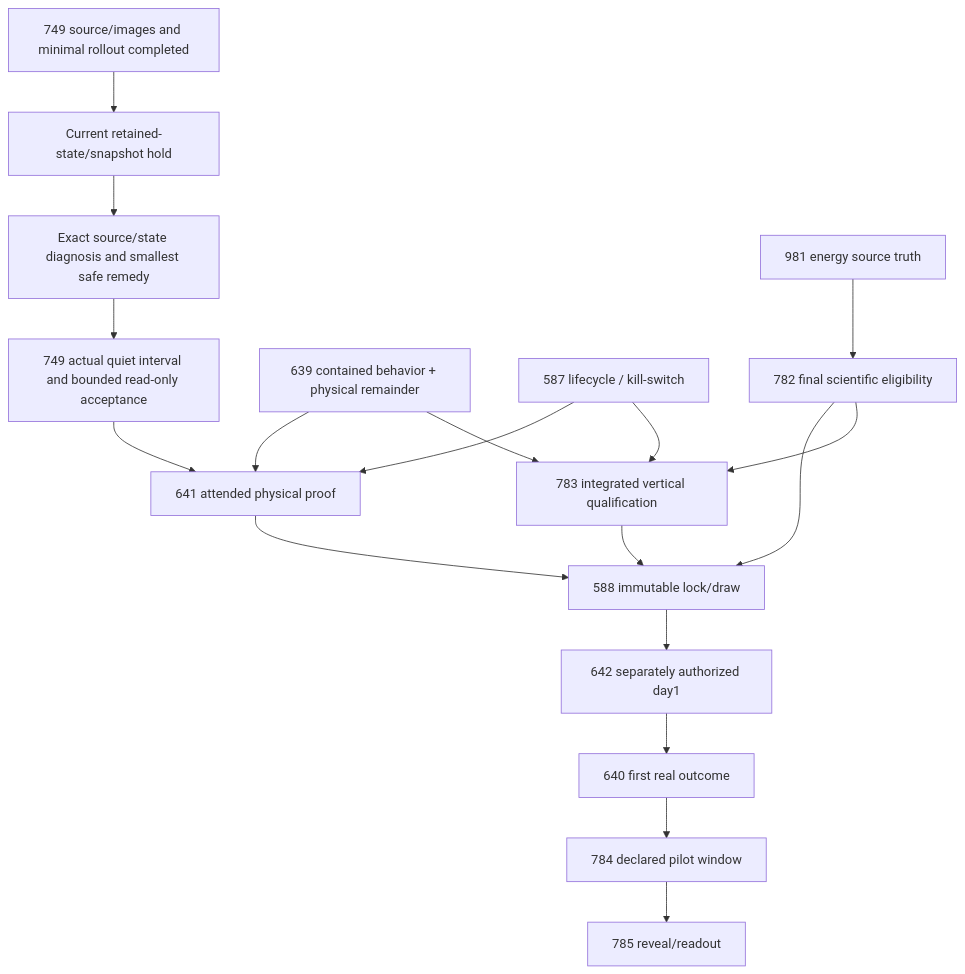
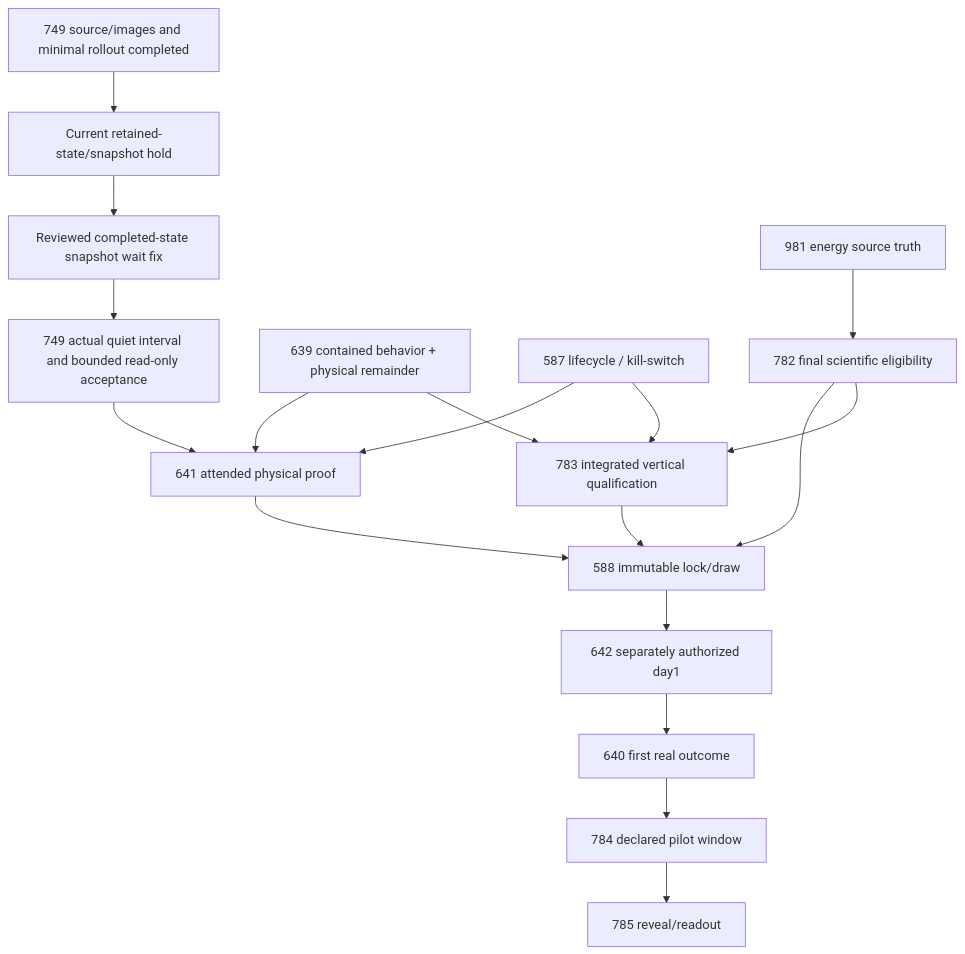
One commit to VerdifyConsultancy/verdify-platform changed the diagram in planning/reviews/2026-10-17/DEPENDENCIES.md. Above: the diagram before and after it, drawn with Mermaid. The commit also changed other lines of this file and 12 other files, not shown here.

Commit message:
docs: accept bounded snapshot wait fix for final 749 delivery

````diff
--- a/planning/reviews/2026-10-17/DEPENDENCIES.md
+++ b/planning/reviews/2026-10-17/DEPENDENCIES.md
@@ -7,20 +7,20 @@
 ```mermaid
 flowchart TD
   delivery["749 source/images and minimal rollout completed"] --> hold["Current retained-state/snapshot hold"]
-  hold --> remedy["Exact source/state diagnosis and smallest safe remedy"]
+  hold --> remedy["Reviewed completed-state snapshot wait fix"]
   remedy --> i749["749 actual quiet interval and bounded read-only acceptance"]
   i639["639 contained behavior + physical remainder"] --> i783["783 integrated vertical qualification"]
   i587["587 lifecycle / kill-switch"] --> i783
   i981["981 energy source truth"] --> i782["782 final scientific eligibility"]
   i782 --> i783
   i749 --> i641["641 attended physical proof"]
   i639 --> i641
   i587 --> i641
   i641 --> i588["588 immutable lock/draw"]
   i782 --> i588
   i783 --> i588
   i588 --> i642["642 separately authorized day1"]
   i642 --> i640["640 first real outcome"]
   i640 --> i784["784 declared pilot window"]
   i784 --> i785["785 reveal/readout"]
 ```
````
